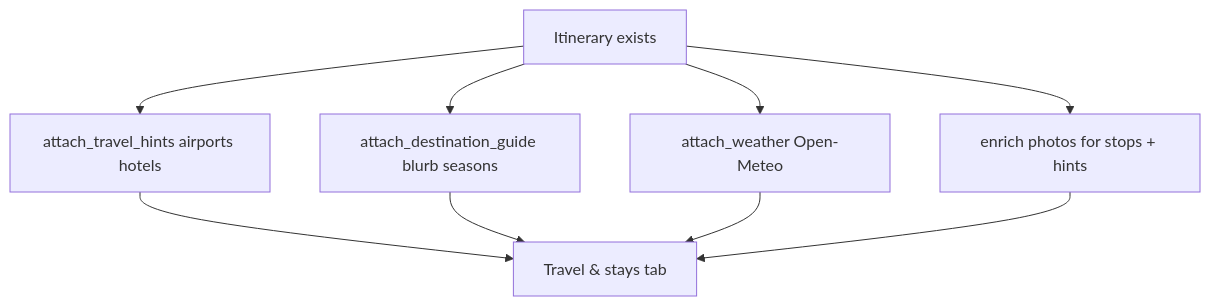
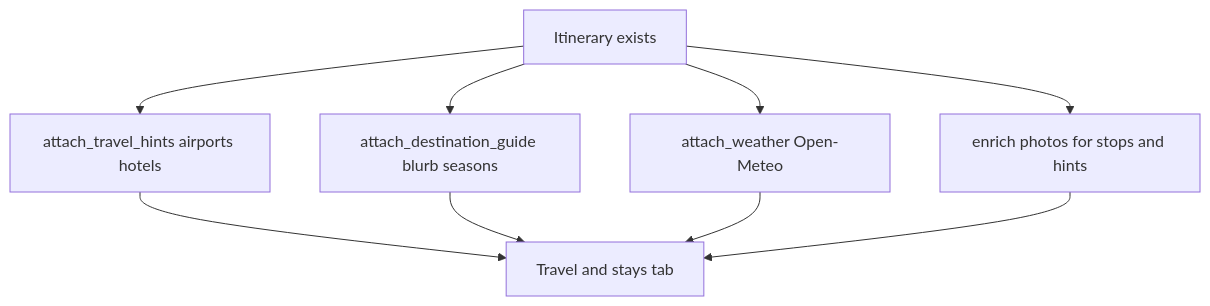
Diagram 16 of 19 in info.md (guptaastha1427/Trip-Planner), drawn with Mermaid before and after one commit. The commit also changed other lines of this file and 4 other files, not shown here.

````diff
--- a/info.md
+++ b/info.md
@@ -508,11 +509,11 @@
 ```mermaid
 flowchart TD
   Has[Itinerary exists] --> H[attach_travel_hints airports hotels]
   Has --> G[attach_destination_guide blurb seasons]
   Has --> W[attach_weather Open-Meteo]
-  Has --> P[enrich photos for stops + hints]
-  H --> Tab[Travel & stays tab]
+  Has --> P[enrich photos for stops and hints]
+  H --> Tab[Travel and stays tab]
   G --> Tab
   W --> Tab
   P --> Tab
 ```
````
